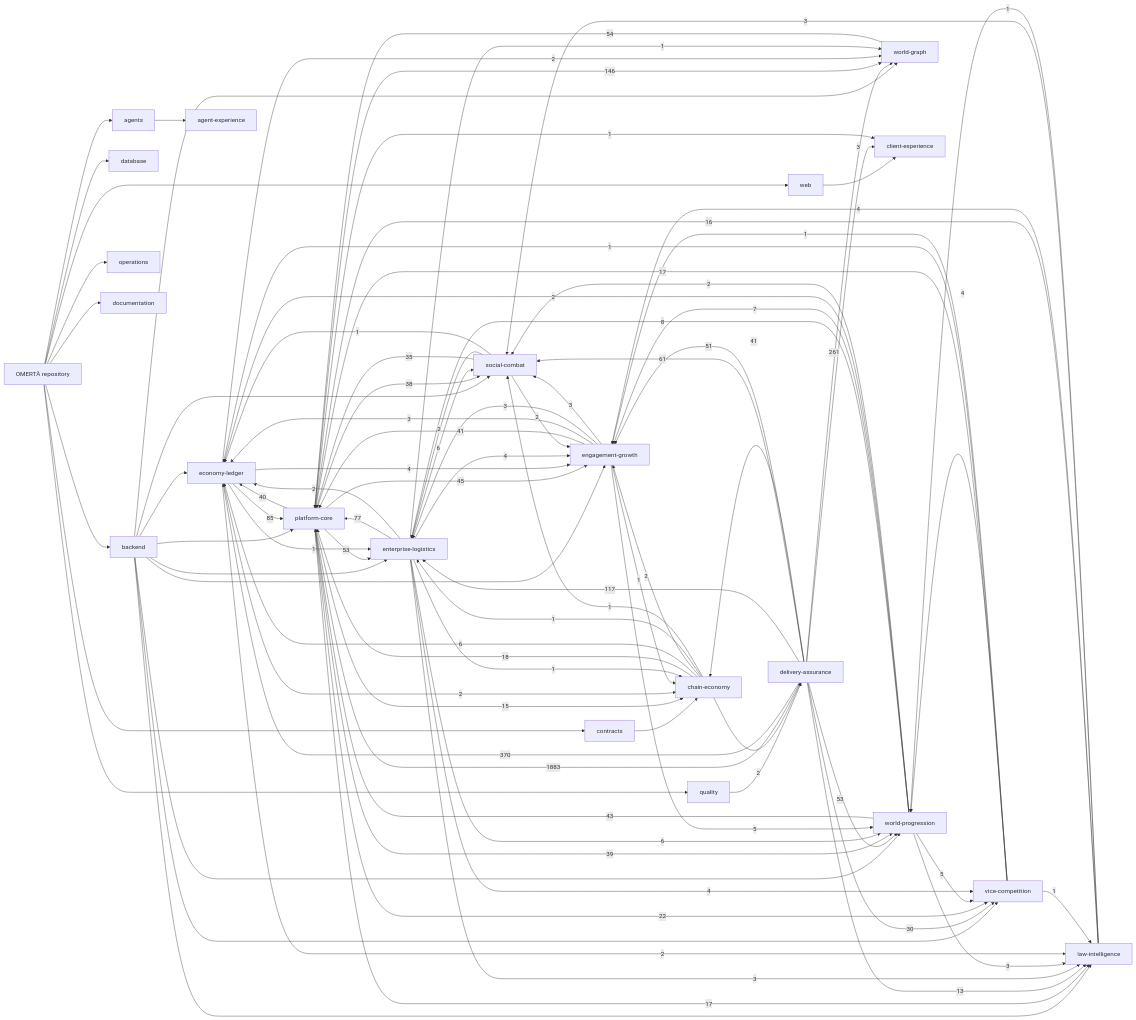
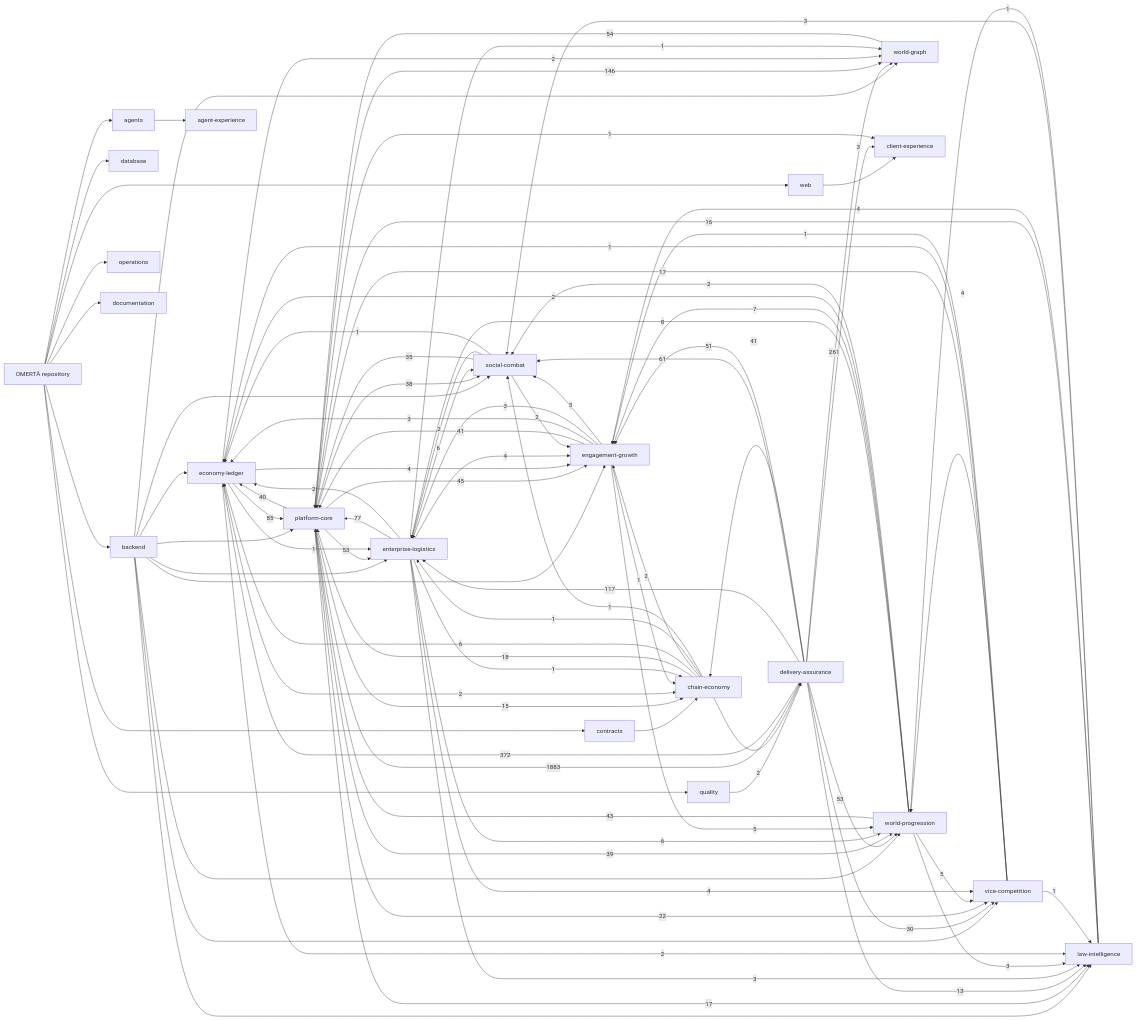
One commit to OmertaDev/Omerta changed the diagram in knowledge/generated/graph.mmd. Above: the diagram before and after it, drawn with Mermaid. The commit also changed 6 other files, not shown here.

```diff
--- a/knowledge/generated/graph.mmd
+++ b/knowledge/generated/graph.mmd
@@ -1,113 +1,113 @@
 flowchart LR
   repo["OMERTÀ repository"]
   sub_backend["backend"]
   repo --> sub_backend
   sub_database["database"]
   repo --> sub_database
   sub_web["web"]
   repo --> sub_web
   sub_contracts["contracts"]
   repo --> sub_contracts
   sub_agents["agents"]
   repo --> sub_agents
   sub_quality["quality"]
   repo --> sub_quality
   sub_operations["operations"]
   repo --> sub_operations
   sub_documentation["documentation"]
   repo --> sub_documentation
   dom_platform-core["platform-core"]
   dom_economy-ledger["economy-ledger"]
   dom_social-combat["social-combat"]
   dom_world-progression["world-progression"]
   dom_world-graph["world-graph"]
   dom_enterprise-logistics["enterprise-logistics"]
   dom_vice-competition["vice-competition"]
   dom_law-intelligence["law-intelligence"]
   dom_chain-economy["chain-economy"]
   dom_engagement-growth["engagement-growth"]
   dom_client-experience["client-experience"]
   dom_agent-experience["agent-experience"]
   dom_delivery-assurance["delivery-assurance"]
   sub_agents --> dom_agent-experience
   sub_backend --> dom_economy-ledger
   sub_backend --> dom_engagement-growth
   sub_backend --> dom_enterprise-logistics
   sub_backend --> dom_law-intelligence
   sub_backend --> dom_platform-core
   sub_backend --> dom_social-combat
   sub_backend --> dom_vice-competition
   sub_backend --> dom_world-graph
   sub_backend --> dom_world-progression
   sub_contracts --> dom_chain-economy
   sub_quality --> dom_delivery-assurance
   sub_web --> dom_client-experience
   dom_delivery-assurance -->|1883| dom_platform-core
-  dom_delivery-assurance -->|370| dom_economy-ledger
+  dom_delivery-assurance -->|372| dom_economy-ledger
   dom_delivery-assurance -->|261| dom_world-graph
   dom_platform-core -->|146| dom_world-graph
   dom_delivery-assurance -->|117| dom_enterprise-logistics
   dom_economy-ledger -->|85| dom_platform-core
   dom_enterprise-logistics -->|77| dom_platform-core
   dom_delivery-assurance -->|61| dom_social-combat
   dom_world-graph -->|54| dom_platform-core
   dom_delivery-assurance -->|53| dom_world-progression
   dom_platform-core -->|53| dom_enterprise-logistics
   dom_delivery-assurance -->|51| dom_engagement-growth
   dom_platform-core -->|45| dom_engagement-growth
   dom_world-progression -->|43| dom_platform-core
   dom_delivery-assurance -->|41| dom_chain-economy
   dom_engagement-growth -->|41| dom_platform-core
   dom_platform-core -->|40| dom_economy-ledger
   dom_platform-core -->|39| dom_world-progression
   dom_platform-core -->|38| dom_social-combat
   dom_social-combat -->|35| dom_platform-core
   dom_delivery-assurance -->|30| dom_vice-competition
   dom_platform-core -->|22| dom_vice-competition
   dom_chain-economy -->|18| dom_platform-core
   dom_platform-core -->|17| dom_law-intelligence
   dom_vice-competition -->|17| dom_platform-core
   dom_law-intelligence -->|16| dom_platform-core
   dom_platform-core -->|15| dom_chain-economy
   dom_delivery-assurance -->|13| dom_law-intelligence
   dom_world-progression -->|8| dom_enterprise-logistics
   dom_world-progression -->|7| dom_engagement-growth
   dom_chain-economy -->|6| dom_economy-ledger
   dom_enterprise-logistics -->|6| dom_social-combat
   dom_enterprise-logistics -->|6| dom_world-progression
   dom_engagement-growth -->|5| dom_world-progression
   dom_world-progression -->|5| dom_vice-competition
   dom_economy-ledger -->|4| dom_engagement-growth
   dom_enterprise-logistics -->|4| dom_engagement-growth
   dom_enterprise-logistics -->|4| dom_vice-competition
   dom_law-intelligence -->|4| dom_engagement-growth
   dom_vice-competition -->|4| dom_world-progression
   dom_delivery-assurance -->|3| dom_client-experience
   dom_engagement-growth -->|3| dom_economy-ledger
   dom_engagement-growth -->|3| dom_enterprise-logistics
   dom_engagement-growth -->|3| dom_social-combat
   dom_enterprise-logistics -->|3| dom_law-intelligence
   dom_law-intelligence -->|3| dom_social-combat
   dom_world-progression -->|3| dom_law-intelligence
   dom_chain-economy -->|2| dom_delivery-assurance
   dom_chain-economy -->|2| dom_engagement-growth
   dom_economy-ledger -->|2| dom_chain-economy
   dom_economy-ledger -->|2| dom_law-intelligence
   dom_economy-ledger -->|2| dom_world-graph
   dom_enterprise-logistics -->|2| dom_economy-ledger
   dom_social-combat -->|2| dom_engagement-growth
   dom_social-combat -->|2| dom_enterprise-logistics
   dom_world-progression -->|2| dom_economy-ledger
   dom_world-progression -->|2| dom_social-combat
   dom_chain-economy -->|1| dom_enterprise-logistics
   dom_chain-economy -->|1| dom_social-combat
   dom_economy-ledger -->|1| dom_enterprise-logistics
   dom_engagement-growth -->|1| dom_chain-economy
   dom_enterprise-logistics -->|1| dom_chain-economy
   dom_enterprise-logistics -->|1| dom_world-graph
   dom_law-intelligence -->|1| dom_world-progression
   dom_platform-core -->|1| dom_client-experience
   dom_social-combat -->|1| dom_economy-ledger
   dom_vice-competition -->|1| dom_economy-ledger
   dom_vice-competition -->|1| dom_engagement-growth
   dom_vice-competition -->|1| dom_law-intelligence
```
